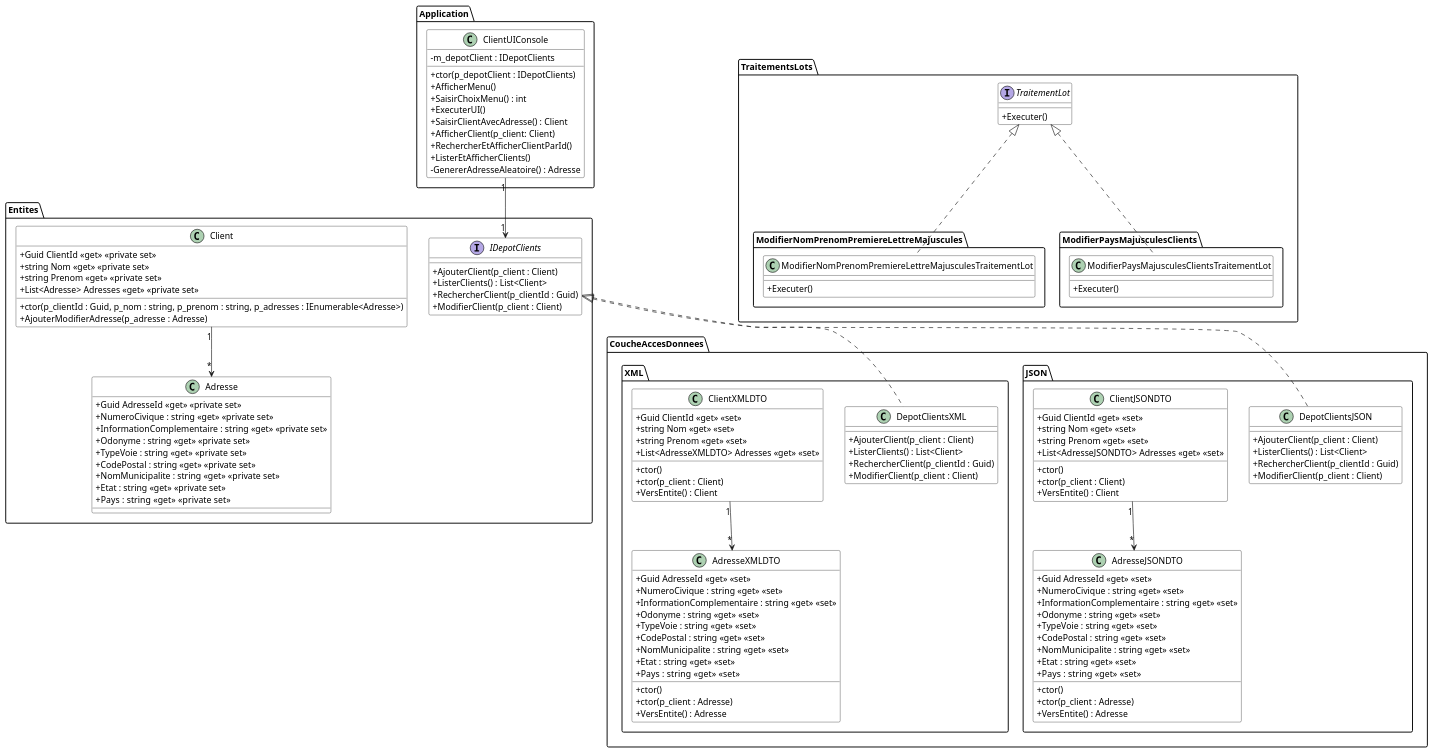
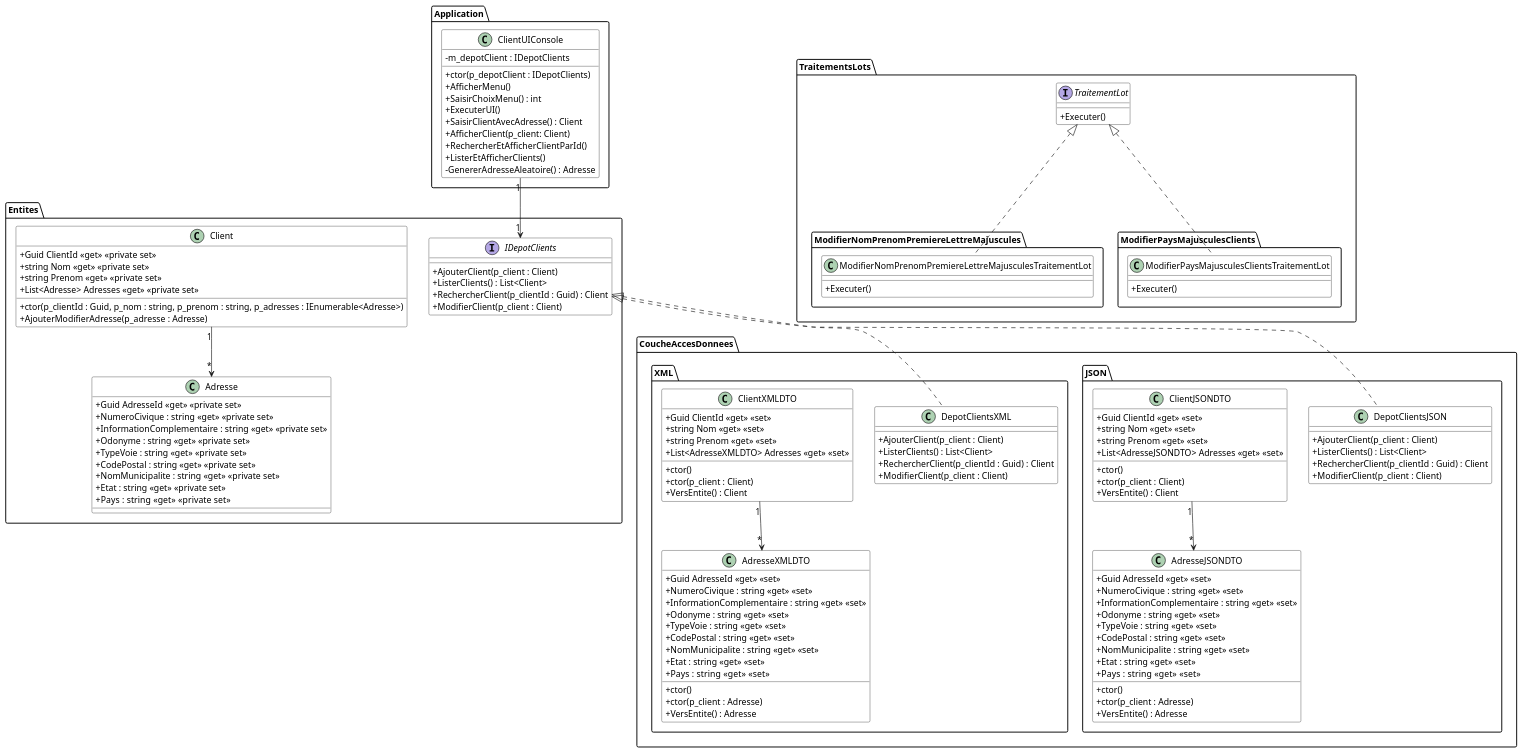
Before and after one commit to PiFou86/420-W30-SF: the diagram in Module06_Formats_Echanges/diag/src/DiagExerciceClients.wsd, drawn with PlantUML. The commit also changed 1 other file, not shown here.

Commit message:
Ajout type de retour sur RechercherClient

```diff
--- a/Module06_Formats_Echanges/diag/src/DiagExerciceClients.wsd
+++ b/Module06_Formats_Echanges/diag/src/DiagExerciceClients.wsd
@@ -1,163 +1,163 @@
 @startuml DiagClassesClients
 
 skinparam classAttributeIconSize 0
 skinparam class {
     BackgroundColor White
     BorderColor #000
 }
 
 
 package Entites {
     Client "1" --> "*" Adresse
 
     class Client {
         + ctor(p_clientId : Guid, p_nom : string, p_prenom : string, p_adresses : IEnumerable<Adresse>)
         + Guid ClientId <<get>> <<private set>>
         + string Nom <<get>> <<private set>>
         + string Prenom <<get>> <<private set>>
         + List<Adresse> Adresses <<get>> <<private set>>
         + AjouterModifierAdresse(p_adresse : Adresse)
     }
 
     class Adresse {
         + Guid AdresseId <<get>> <<private set>>
         + NumeroCivique : string <<get>> <<private set>>
         + InformationComplementaire : string <<get>> <<private set>>
         + Odonyme : string <<get>> <<private set>>
         + TypeVoie : string <<get>> <<private set>>
         + CodePostal : string <<get>> <<private set>>
         + NomMunicipalite : string <<get>> <<private set>>
         + Etat : string <<get>> <<private set>>
         + Pays : string  <<get>> <<private set>>
     }
 
     interface IDepotClients {
         + AjouterClient(p_client : Client)
         + ListerClients() : List<Client>
-        + RechercherClient(p_clientId : Guid)
+        + RechercherClient(p_clientId : Guid) : Client
         + ModifierClient(p_client : Client)
     }
 }
 
 package CoucheAccesDonnees.JSON {
     IDepotClients <|.. DepotClientsJSON
     ClientJSONDTO "1" --> "*" AdresseJSONDTO
 
     class ClientJSONDTO {
         + Guid ClientId <<get>> <<set>>
         + string Nom <<get>> <<set>>
         + string Prenom <<get>> <<set>>
         + List<AdresseJSONDTO> Adresses <<get>> <<set>>
         + ctor()
         + ctor(p_client : Client)
         + VersEntite() : Client
     }
 
     class AdresseJSONDTO {
         + Guid AdresseId <<get>> <<set>>
         + NumeroCivique : string <<get>> <<set>>
         + InformationComplementaire : string <<get>> <<set>>
         + Odonyme : string <<get>> <<set>>
         + TypeVoie : string <<get>> <<set>>
         + CodePostal : string <<get>> <<set>>
         + NomMunicipalite : string <<get>> <<set>>
         + Etat : string <<get>> <<set>>
         + Pays : string  <<get>> <<set>>
         + ctor()
         + ctor(p_client : Adresse)
         + VersEntite() : Adresse
     }
 
     class DepotClientsJSON {
         + AjouterClient(p_client : Client)
         + ListerClients() : List<Client>
-        + RechercherClient(p_clientId : Guid)
+        + RechercherClient(p_clientId : Guid) : Client
         + ModifierClient(p_client : Client)
     }
 }
 
 package CoucheAccesDonnees.XML {
     IDepotClients <|.. DepotClientsXML
     ClientXMLDTO "1" --> "*" AdresseXMLDTO
 
     class ClientXMLDTO {
         + Guid ClientId <<get>> <<set>>
         + string Nom <<get>> <<set>>
         + string Prenom <<get>> <<set>>
         + List<AdresseXMLDTO> Adresses <<get>> <<set>>
         + ctor()
         + ctor(p_client : Client)
         + VersEntite() : Client
     }
 
     class DepotClientsXML {
         + AjouterClient(p_client : Client)
         + ListerClients() : List<Client>
-        + RechercherClient(p_clientId : Guid)
+        + RechercherClient(p_clientId : Guid) : Client
         + ModifierClient(p_client : Client)
     }
 
     class AdresseXMLDTO {
         + Guid AdresseId <<get>> <<set>>
         + NumeroCivique : string <<get>> <<set>>
         + InformationComplementaire : string <<get>> <<set>>
         + Odonyme : string <<get>> <<set>>
         + TypeVoie : string <<get>> <<set>>
         + CodePostal : string <<get>> <<set>>
         + NomMunicipalite : string <<get>> <<set>>
         + Etat : string <<get>> <<set>>
         + Pays : string  <<get>> <<set>>
         + ctor()
         + ctor(p_client : Adresse)
         + VersEntite() : Adresse
     }
 }
 
 package Application {
     ClientUIConsole "1" --> "1" IDepotClients
 
     class ClientUIConsole {
         - m_depotClient : IDepotClients
         + ctor(p_depotClient : IDepotClients)
         + AfficherMenu()
         + SaisirChoixMenu() : int
         + ExecuterUI()
         + SaisirClientAvecAdresse() : Client
         + AfficherClient(p_client: Client)
         + RechercherEtAfficherClientParId()
         + ListerEtAfficherClients()
         - GenererAdresseAleatoire() : Adresse
     }
 }
 
 package TraitementsLots {
     interface TraitementLot {
         + Executer()
     }
 }
 
 package TraitementsLots.ModifierNomPrenomPremiereLettreMajuscules {
     TraitementLot <|.. ModifierNomPrenomPremiereLettreMajusculesTraitementLot
 
     class ModifierNomPrenomPremiereLettreMajusculesTraitementLot {
         + Executer()
     }
 }
 
 package TraitementsLots.ModifierPaysMajusculesClients {
     TraitementLot <|.. ModifierPaysMajusculesClientsTraitementLot
 
     class ModifierPaysMajusculesClientsTraitementLot {
         + Executer()
     }
 }
 
 ' TraitementsLots <.. TraitementsLots.ModifierNomPrenomPremiereLettreMajuscules
 ' TraitementsLots <.. TraitementsLots.ModifierPaysMajusculesClients
 
 ' Entites <.. CoucheAccesDonnees.JSON
 ' Entites <.. CoucheAccesDonnees.XML
 ' Entites <.. Application
 ' Entites <.. TraitementsLots
 
 @enduml
```
